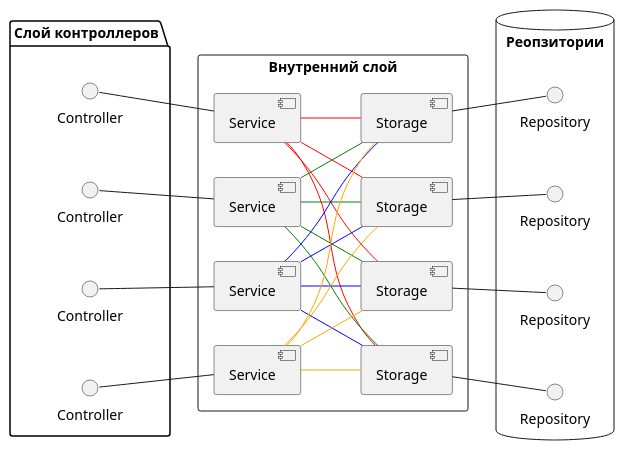
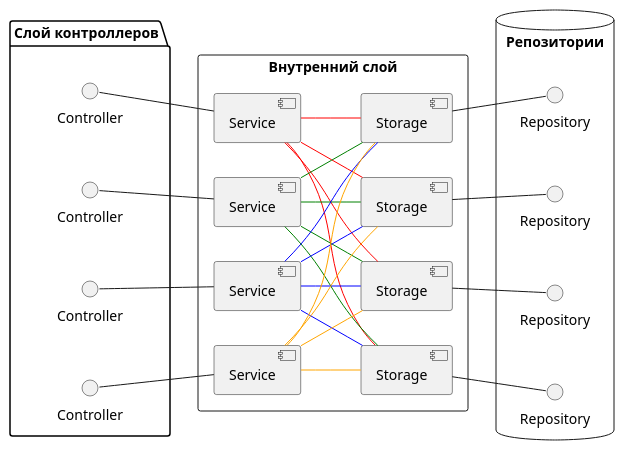
One commit to Sintsoft/java-shareit changed the diagram in doc/puml/cp_1.puml. Above: the diagram before and after it, drawn with PlantUML. The commit also changed 18 other files, not shown here.

```diff
--- a/doc/puml/cp_1.puml
+++ b/doc/puml/cp_1.puml
@@ -1,62 +1,62 @@
 @startuml
 
 left to right direction
 
 skinparam Pagging 100
 package "Слой контроллеров" {
     interface "Controller" as ct1
     interface "Controller" as ct2
     interface "Controller" as ct3
     interface "Controller" as ct4
 }
 
 rectangle "Внутренний слой" {
     component "Service" as sv1
     component "Service" as sv2
     component "Service" as sv3
     component "Service" as sv4
 
     component "Storage" as st1
     component "Storage" as st2
     component "Storage" as st3
     component "Storage" as st4
 }
 
-database "Реопзитории" {
+database "Репозитории" {
     interface "Repository" as rp1
     interface "Repository" as rp2
     interface "Repository" as rp3
     interface "Repository" as rp4
 }
 
 ct1 -- sv1
 ct2 -- sv2
 ct3 -- sv3
 ct4 -- sv4
 
 sv1 -[#Red]- st1
 sv1 -[#Red]- st2
 sv1 -[#Red]- st3
 sv1 -[#Red]- st4
 
 sv2 -[#Green]- st1
 sv2 -[#Green]- st2
 sv2 -[#Green]- st3
 sv2 -[#Green]- st4
 
 sv3 -[#Blue]- st1
 sv3 -[#Blue]- st2
 sv3 -[#Blue]- st3
 sv3 -[#Blue]- st4
 
 sv4 -[#Orange]- st1
 sv4 -[#Orange]- st2
 sv4 -[#Orange]- st3
 sv4 -[#Orange]- st4
 
 st1 -- rp1
 st2 -- rp2
 st3 -- rp3
 st4 -- rp4
 
 @enduml
```
